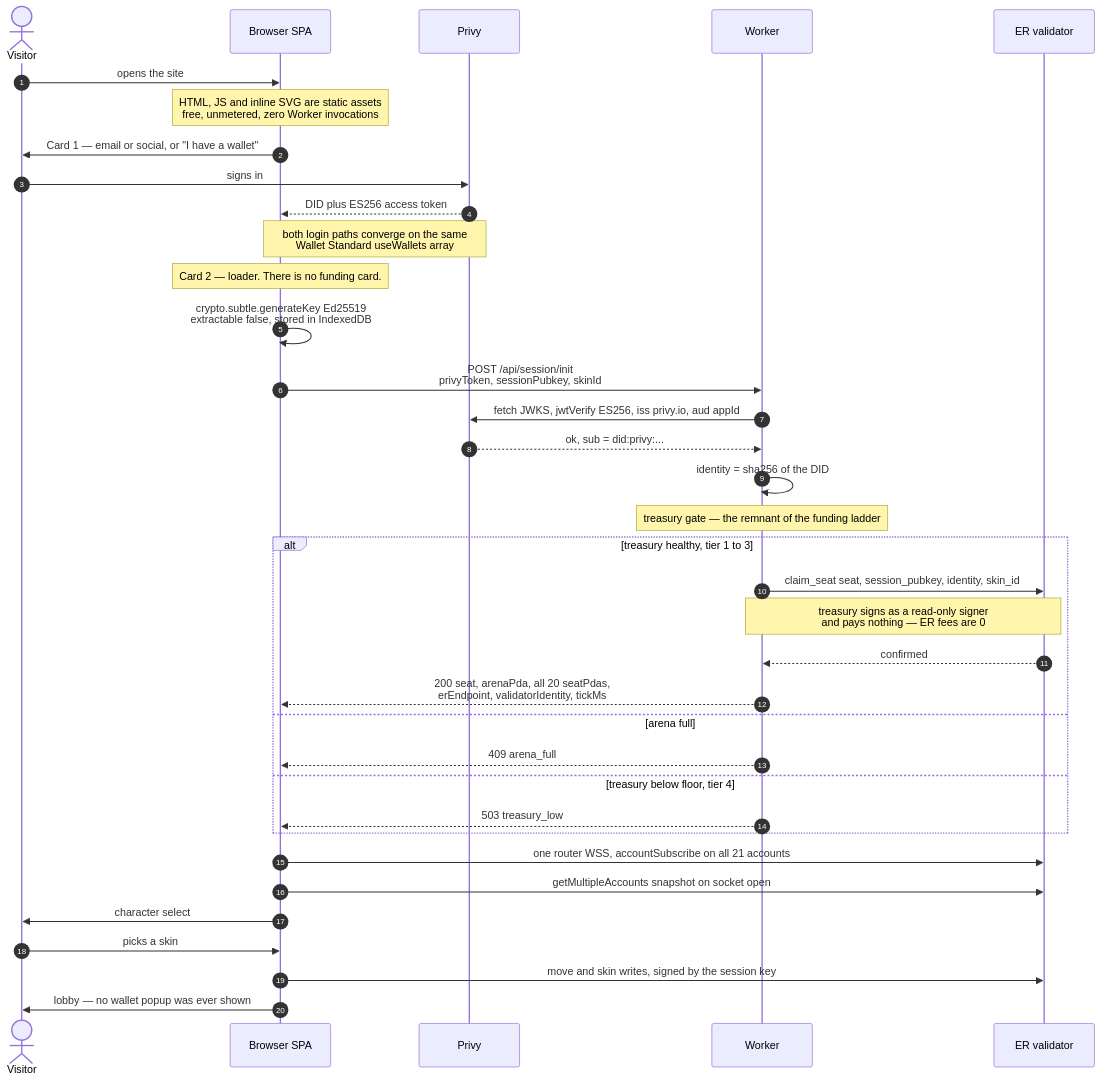
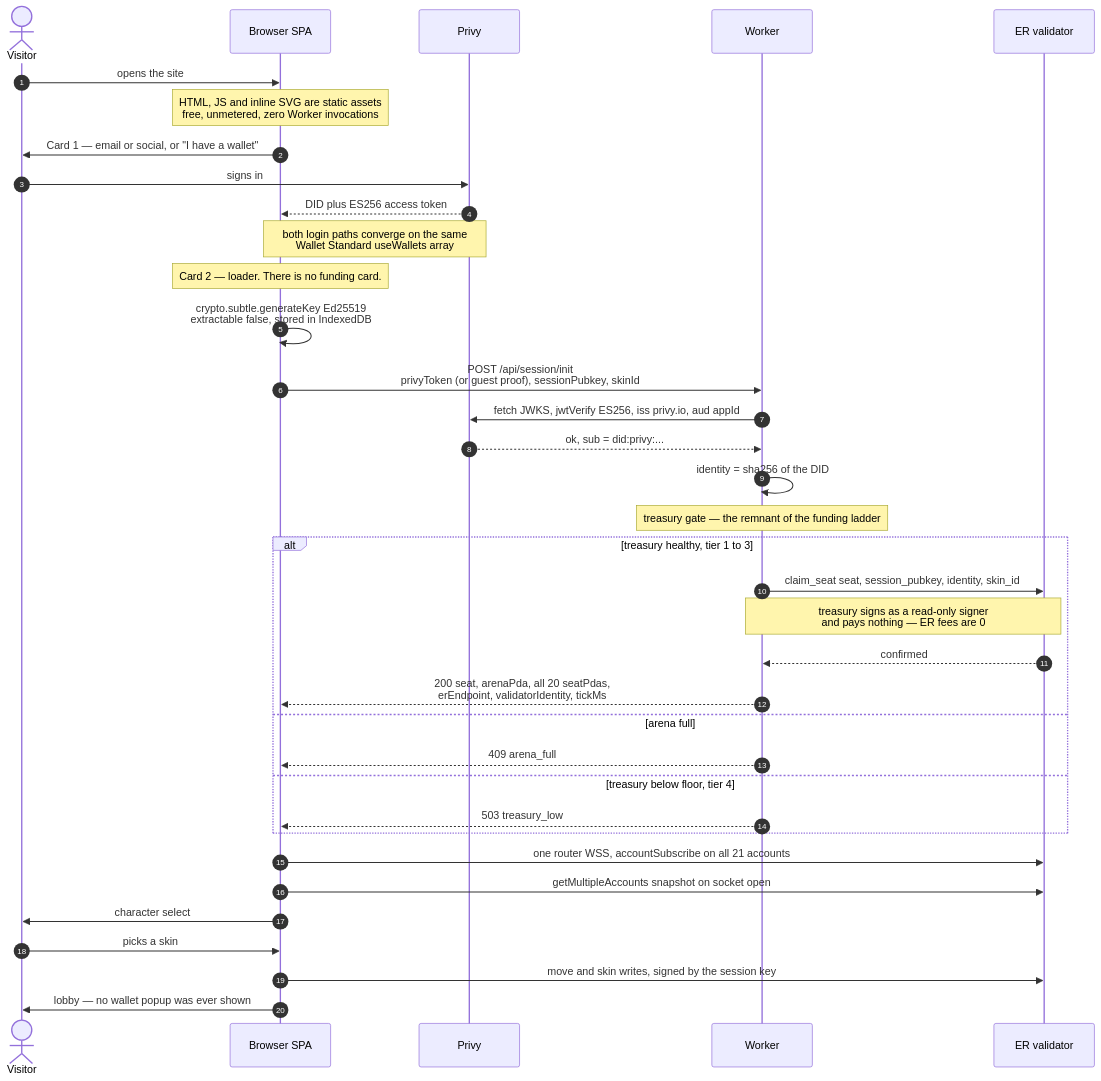
Before and after one commit to Ansh-699/Heart-Rot: the second of 7 diagrams in docs/architecture/02-diagrams.md, drawn with Mermaid. The commit also changed 26 other files, not shown here.

````diff
--- a/docs/architecture/02-diagrams.md
+++ b/docs/architecture/02-diagrams.md
@@ -93,44 +93,44 @@
 ```mermaid
 sequenceDiagram
     autonumber
     actor U as Visitor
     participant B as Browser SPA
     participant P as Privy
     participant W as Worker
     participant ER as ER validator
 
     U->>B: opens the site
     Note over B: HTML, JS and inline SVG are static assets<br/>free, unmetered, zero Worker invocations
 
     B->>U: Card 1 — email or social, or "I have a wallet"
     U->>P: signs in
     P-->>B: DID plus ES256 access token
     Note over P,B: both login paths converge on the same<br/>Wallet Standard useWallets array
 
     Note over B: Card 2 — loader. There is no funding card.
     B->>B: crypto.subtle.generateKey Ed25519<br/>extractable false, stored in IndexedDB
-    B->>W: POST /api/session/init<br/>privyToken, sessionPubkey, skinId
+    B->>W: POST /api/session/init<br/>privyToken (or guest proof), sessionPubkey, skinId
 
     W->>P: fetch JWKS, jwtVerify ES256, iss privy.io, aud appId
     P-->>W: ok, sub = did:privy:...
     W->>W: identity = sha256 of the DID
 
     Note over W: treasury gate — the remnant of the funding ladder
     alt treasury healthy, tier 1 to 3
         W->>ER: claim_seat seat, session_pubkey, identity, skin_id
         Note over W,ER: treasury signs as a read-only signer<br/>and pays nothing — ER fees are 0
         ER-->>W: confirmed
         W-->>B: 200 seat, arenaPda, all 20 seatPdas,<br/>erEndpoint, validatorIdentity, tickMs
     else arena full
         W-->>B: 409 arena_full
     else treasury below floor, tier 4
         W-->>B: 503 treasury_low
     end
 
     B->>ER: one router WSS, accountSubscribe on all 21 accounts
     B->>ER: getMultipleAccounts snapshot on socket open
     B->>U: character select
     U->>B: picks a skin
     B->>ER: move and skin writes, signed by the session key
     B->>U: lobby — no wallet popup was ever shown
 ```
````
